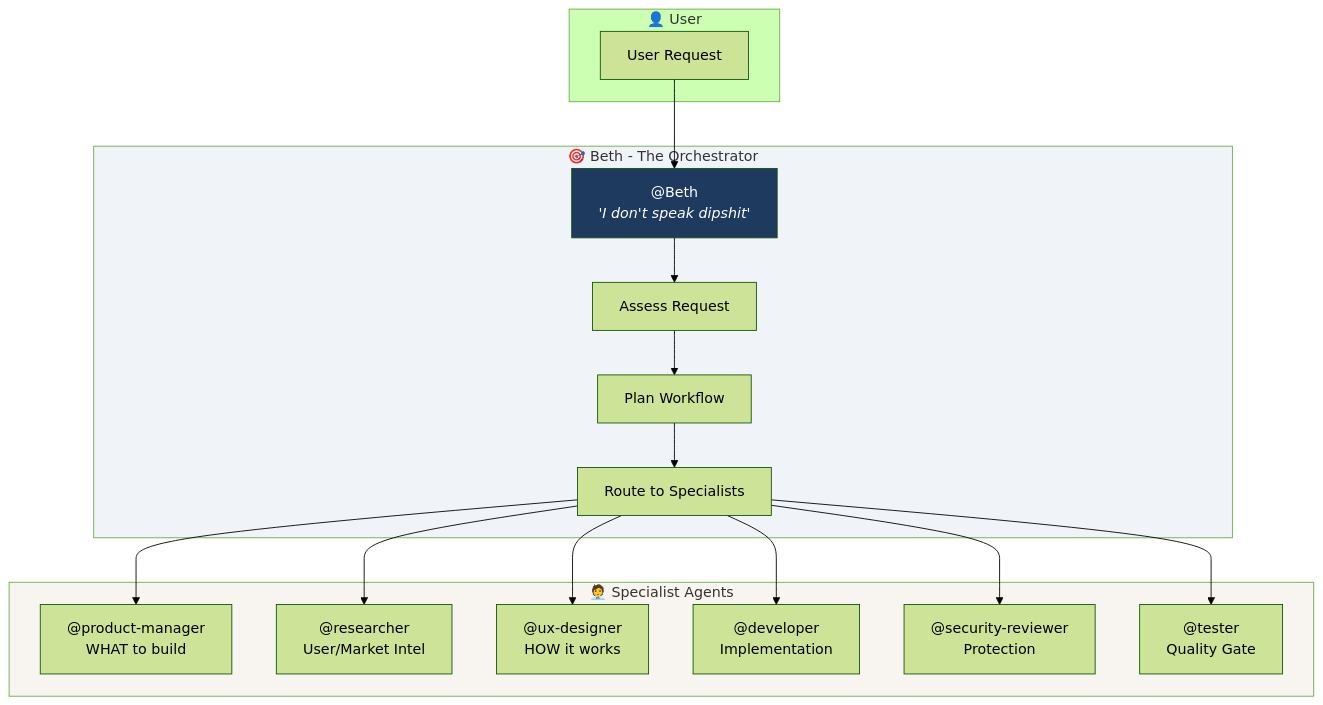
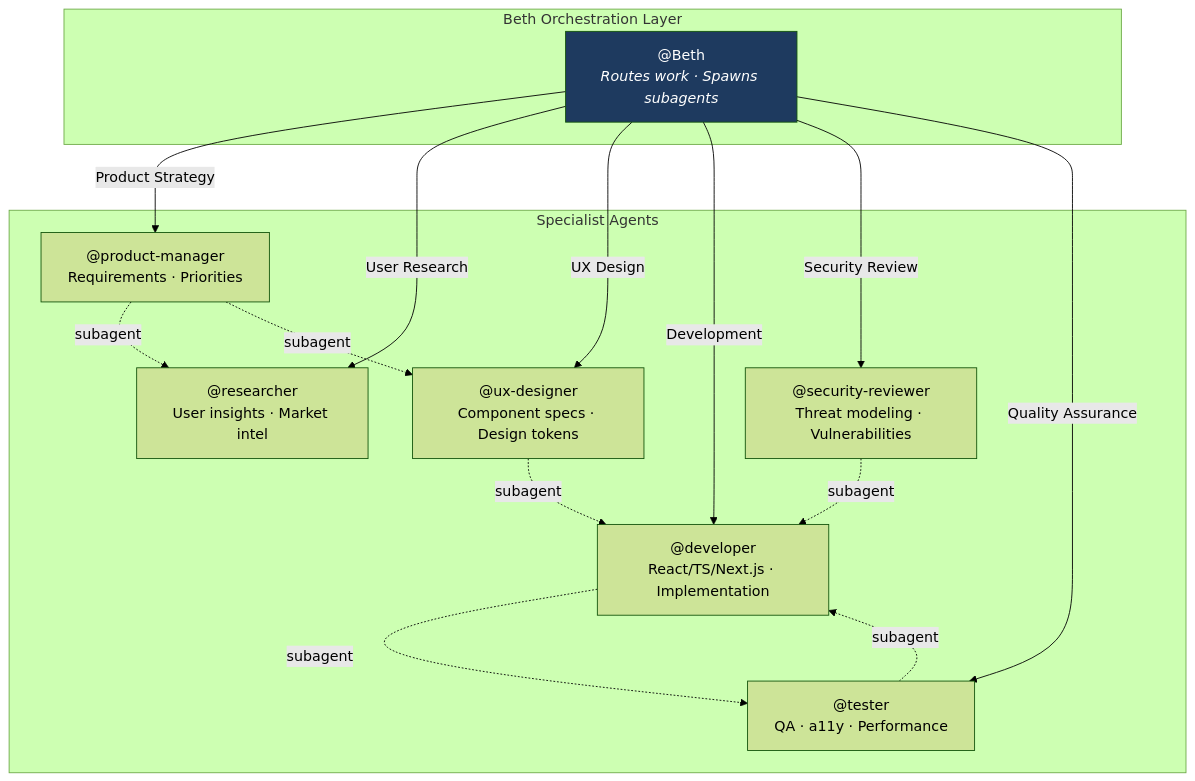
One commit to shyamsridhar123/ATV-AgentSkillsDemo changed the second of 6 diagrams in README.md. Above: the diagram before and after it, drawn with Mermaid (forest theme). The commit also changed other lines of this file and 1 other file, not shown here.

First line of the commit message:
Comprehensive README rewrite: architecture diagrams, tech stack, CLI/MCP/A2A/provider docs

````diff
--- a/README.md
+++ b/README.md
@@ -85,36 +194,31 @@
 ```mermaid
 flowchart TB
-    subgraph User["👤 User"]
-        Request[User Request]
+    subgraph Orchestration["Beth Orchestration Layer"]
+        BethCore["@Beth<br/><i>Routes work · Spawns subagents</i>"]
     end
 
-    subgraph Orchestrator["🎯 Beth - The Orchestrator"]
-        Beth["@Beth<br/><i>'I don't speak dipshit'</i>"]
-        Assess[Assess Request]
-        Plan[Plan Workflow]
-        Route[Route to Specialists]
+    subgraph Specialists["Specialist Agents"]
+        PM["@product-manager<br/>Requirements · Priorities"]
+        R["@researcher<br/>User insights · Market intel"]
+        UX["@ux-designer<br/>Component specs · Design tokens"]
+        D["@developer<br/>React/TS/Next.js · Implementation"]
+        S["@security-reviewer<br/>Threat modeling · Vulnerabilities"]
+        T["@tester<br/>QA · a11y · Performance"]
     end
 
-    subgraph Agents["🧑‍💼 Specialist Agents"]
-        PM["@product-manager<br/>WHAT to build"]
-        Researcher["@researcher<br/>User/Market Intel"]
-        Designer["@ux-designer<br/>HOW it works"]
-        Developer["@developer<br/>Implementation"]
-        Security["@security-reviewer<br/>Protection"]
-        Tester["@tester<br/>Quality Gate"]
-    end
+    BethCore -->|"Product Strategy"| PM
+    BethCore -->|"User Research"| R
+    BethCore -->|"UX Design"| UX
+    BethCore -->|"Development"| D
+    BethCore -->|"Security Review"| S
+    BethCore -->|"Quality Assurance"| T
 
-    Request --> Beth
-    Beth --> Assess --> Plan --> Route
-    
-    Route --> PM
-    Route --> Researcher
-    Route --> Designer
-    Route --> Developer
-    Route --> Security
-    Route --> Tester
+    PM -.->|"subagent"| R
+    PM -.->|"subagent"| UX
+    UX -.->|"subagent"| D
+    D -.->|"subagent"| T
+    S -.->|"subagent"| D
+    T -.->|"subagent"| D
 
-    style Beth fill:#1e3a5f,color:#fff
-    style Orchestrator fill:#f0f4f8
-    style Agents fill:#f8f4f0
+    style BethCore fill:#1e3a5f,color:#fff
 ```
````
